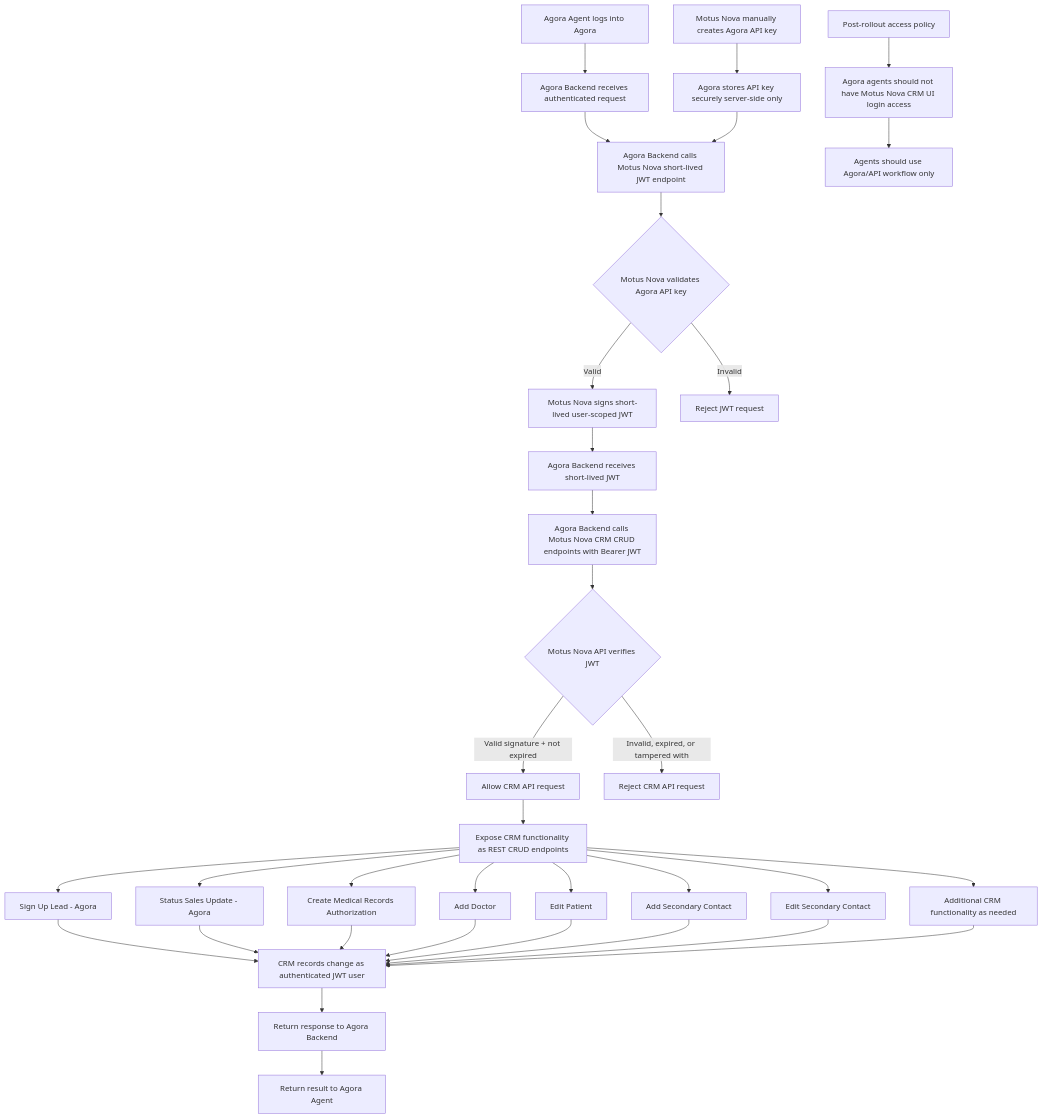
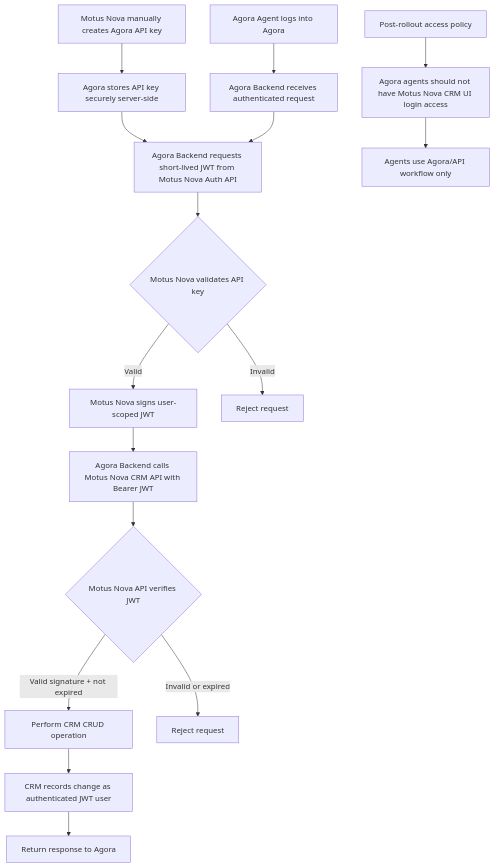
The diagram in README.md (AGORA-AI-Software/assets), drawn with Mermaid before and after one commit.

Commit message:
Update README.md with revised API auth workflow (#2)

````diff
--- a/README.md
+++ b/README.md
@@ -1,47 +3,24 @@
 ```mermaid
 flowchart TD
     A[Agora Agent logs into Agora] --> B[Agora Backend receives authenticated request]
 
-    K[Motus Nova manually creates Agora API key] --> L[Agora stores API key securely server-side only]
+    K[Motus Nova manually creates Agora API key] --> L[Agora stores API key securely server-side]
+    L --> C[Agora Backend requests short-lived JWT from Motus Nova Auth API]
 
-    B --> C[Agora Backend calls Motus Nova short-lived JWT endpoint]
-    L --> C
+    B --> C
+    C --> D{Motus Nova validates API key}
+    D -->|Valid| E[Motus Nova signs user-scoped JWT]
+    D -->|Invalid| F[Reject request]
 
-    C --> D{Motus Nova validates Agora API key}
-    D -->|Valid| E[Motus Nova signs short-lived user-scoped JWT]
-    D -->|Invalid| F[Reject JWT request]
+    E --> G[Agora Backend calls Motus Nova CRM API with Bearer JWT]
 
-    E --> G[Agora Backend receives short-lived JWT]
+    G --> H{Motus Nova API verifies JWT}
+    H -->|Valid signature + not expired| I[Perform CRM CRUD operation]
+    H -->|Invalid or expired| J[Reject request]
 
-    G --> H[Agora Backend calls Motus Nova CRM CRUD endpoints with Bearer JWT]
+    I --> M[CRM records change as authenticated JWT user]
+    M --> N[Return response to Agora]
 
-    H --> I{Motus Nova API verifies JWT}
-    I -->|Valid signature + not expired| J[Allow CRM API request]
-    I -->|Invalid, expired, or tampered with| X[Reject CRM API request]
-
-    J --> CRUD[Expose CRM functionality as REST CRUD endpoints]
-
-    CRUD --> C1[Sign Up Lead - Agora]
-    CRUD --> C2[Status Sales Update - Agora]
-    CRUD --> C3[Create Medical Records Authorization]
-    CRUD --> C4[Add Doctor]
-    CRUD --> C5[Edit Patient]
-    CRUD --> C6[Add Secondary Contact]
-    CRUD --> C7[Edit Secondary Contact]
-    CRUD --> C8[Additional CRM functionality as needed]
-
-    C1 --> M[CRM records change as authenticated JWT user]
-    C2 --> M
-    C3 --> M
-    C4 --> M
-    C5 --> M
-    C6 --> M
-    C7 --> M
-    C8 --> M
-
-    M --> N[Return response to Agora Backend]
-    N --> O[Return result to Agora Agent]
-
-    P[Post-rollout access policy] --> Q[Agora agents should not have Motus Nova CRM UI login access]
-    Q --> R[Agents should use Agora/API workflow only]
+    O[Post-rollout access policy] --> P[Agora agents should not have Motus Nova CRM UI login access]
+    P --> Q[Agents use Agora/API workflow only]
 ```
````
